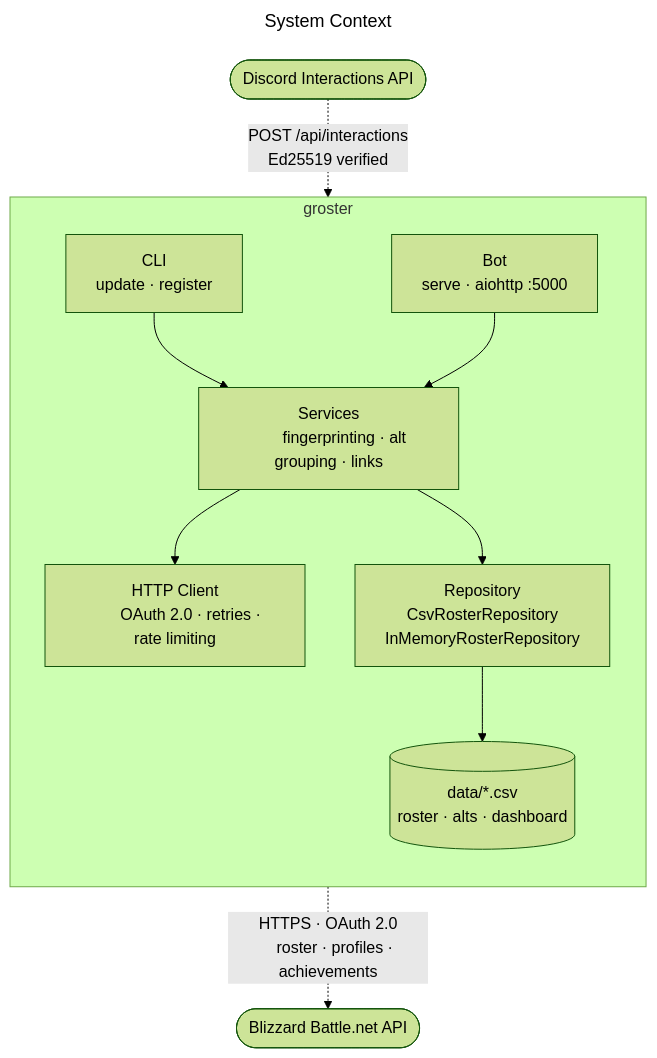
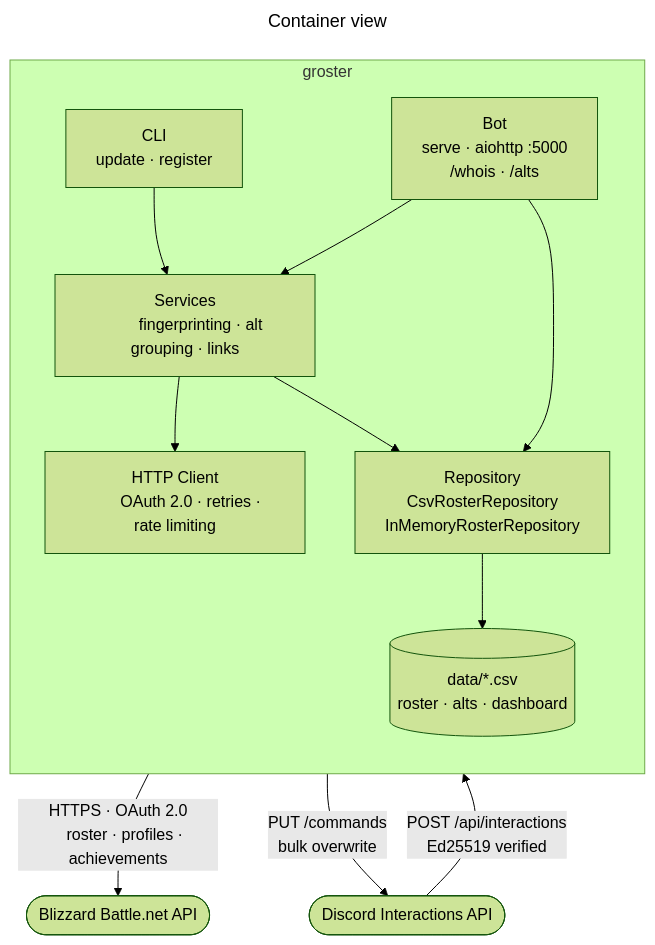
Before and after one commit to sergeyklay/groster: the second of 2 diagrams in docs/architecture.md, drawn with Mermaid (forest theme). The commit also changed other lines of this file and 3 other files, not shown here.

First line of the commit message:
docs: update README, architecture, and getting-started for /alts command

````diff
--- a/docs/architecture.md
+++ b/docs/architecture.md
@@ -7,37 +39,39 @@
 ```mermaid
 ---
-title: System Context
+title: Container view
 ---
 flowchart TB
+    discord(["Discord Interactions API"])
     blizzard(["Blizzard Battle.net API"])
 
     subgraph system [" groster "]
         direction TB
 
         cli["CLI
         update · register"]
         bot["Bot
-        serve · aiohttp :5000"]
+        serve · aiohttp :5000
+        /whois · /alts"]
         svc["Services
         fingerprinting · alt grouping · links"]
         http["HTTP Client
         OAuth 2.0 · retries · rate limiting"]
         repo["Repository
         CsvRosterRepository
         InMemoryRosterRepository"]
         data[("data/*.csv
         roster · alts · dashboard")]
 
         cli & bot --> svc
         svc --> http
-        svc --> repo
+        svc & bot --> repo
         repo --> data
     end
 
-    discord(["Discord Interactions API"])
-
-    http -. "HTTPS · OAuth 2.0
-    roster · profiles · achievements" .-> blizzard
-    discord -. "POST /api/interactions
-    Ed25519 verified" .-> bot
+    http -- "HTTPS · OAuth 2.0
+    roster · profiles · achievements" --> blizzard
+    discord -- "POST /api/interactions
+    Ed25519 verified" --> bot
+    cli -- "PUT /commands
+    bulk overwrite" --> discord
 ```
````
